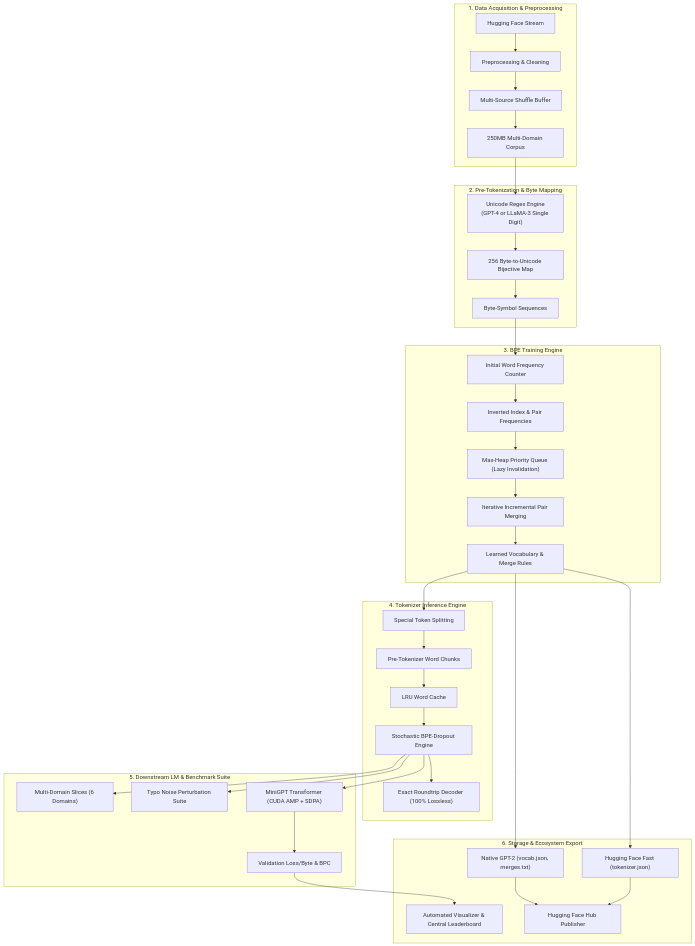
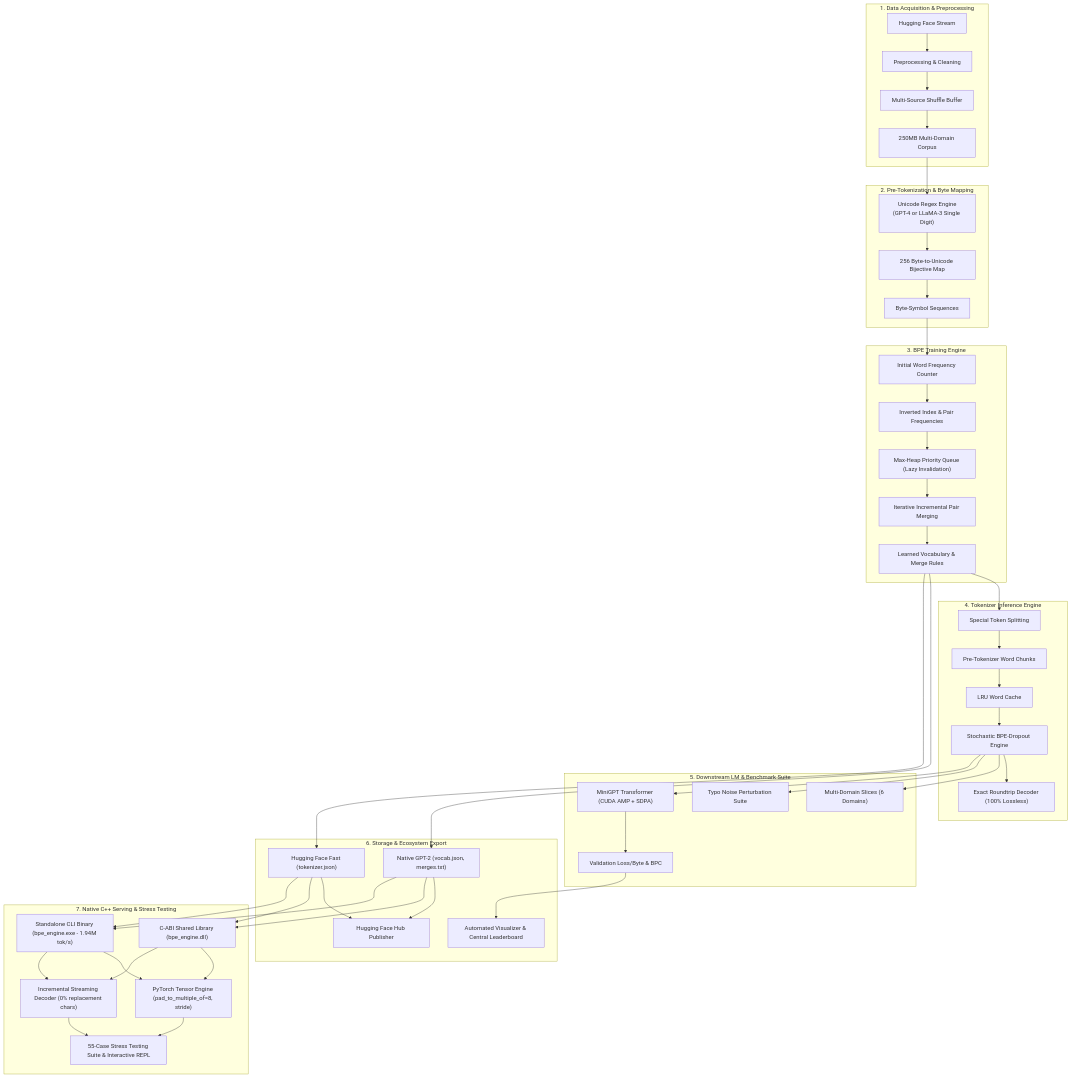
The first of 11 diagrams in system_architecture.md (Sumit-Prasad01/BPE-Tokenizer), drawn with Mermaid before and after one commit. The commit also changed other lines of this file and 12 other files, not shown here.

````diff
--- a/system_architecture.md
+++ b/system_architecture.md
@@ -24,53 +25,63 @@
 ```mermaid
 flowchart TD
     subgraph Data["1. Data Acquisition & Preprocessing"]
         D1["Hugging Face Stream"] --> D2["Preprocessing & Cleaning"]
         D2 --> D3["Multi-Source Shuffle Buffer"]
         D3 --> D4["250MB Multi-Domain Corpus"]
     end
 
     subgraph PreTok["2. Pre-Tokenization & Byte Mapping"]
         P1["Unicode Regex Engine<br>(GPT-4 or LLaMA-3 Single Digit)"]
         P2["256 Byte-to-Unicode Bijective Map"]
         D4 --> P1 --> P2 --> P3["Byte-Symbol Sequences"]
     end
 
     subgraph Training["3. BPE Training Engine"]
         T1["Initial Word Frequency Counter"]
         T2["Inverted Index & Pair Frequencies"]
         T3["Max-Heap Priority Queue (Lazy Invalidation)"]
         T4["Iterative Incremental Pair Merging"]
         P3 --> T1 --> T2 --> T3 --> T4
         T4 --> T5["Learned Vocabulary & Merge Rules"]
     end
 
     subgraph Inference["4. Tokenizer Inference Engine"]
         I1["Special Token Splitting"]
         I2["Pre-Tokenizer Word Chunks"]
         I3["LRU Word Cache"]
         I4["Stochastic BPE-Dropout Engine"]
         I5["Exact Roundtrip Decoder (100% Lossless)"]
         T5 --> I1 --> I2 --> I3 --> I4 --> I5
     end
 
     subgraph Eval["5. Downstream LM & Benchmark Suite"]
         E1["Multi-Domain Slices (6 Domains)"]
         E2["Typo Noise Perturbation Suite"]
         E3["MiniGPT Transformer (CUDA AMP + SDPA)"]
         E4["Validation Loss/Byte & BPC"]
         I4 --> E1
         I4 --> E2
         I4 --> E3 --> E4
     end
 
     subgraph Hub["6. Storage & Ecosystem Export"]
         H1["Native GPT-2 (vocab.json, merges.txt)"]
         H2["Hugging Face Fast (tokenizer.json)"]
         H3["Automated Visualizer & Central Leaderboard"]
         H4["Hugging Face Hub Publisher"]
         T5 --> H1
         T5 --> H2
         E4 --> H3
         H1 & H2 --> H4
     end
+
+    subgraph NativeServing["7. Native C++ Serving & Stress Testing"]
+        S1["C-ABI Shared Library (bpe_engine.dll)"]
+        S2["Standalone CLI Binary (bpe_engine.exe - 1.94M tok/s)"]
+        S3["PyTorch Tensor Engine (pad_to_multiple_of=8, stride)"]
+        S4["Incremental Streaming Decoder (0% replacement chars)"]
+        S5["55-Case Stress Testing Suite & Interactive REPL"]
+        H1 & H2 --> S1 & S2
+        S1 & S2 --> S3 & S4 --> S5
+    end
 ```
````
